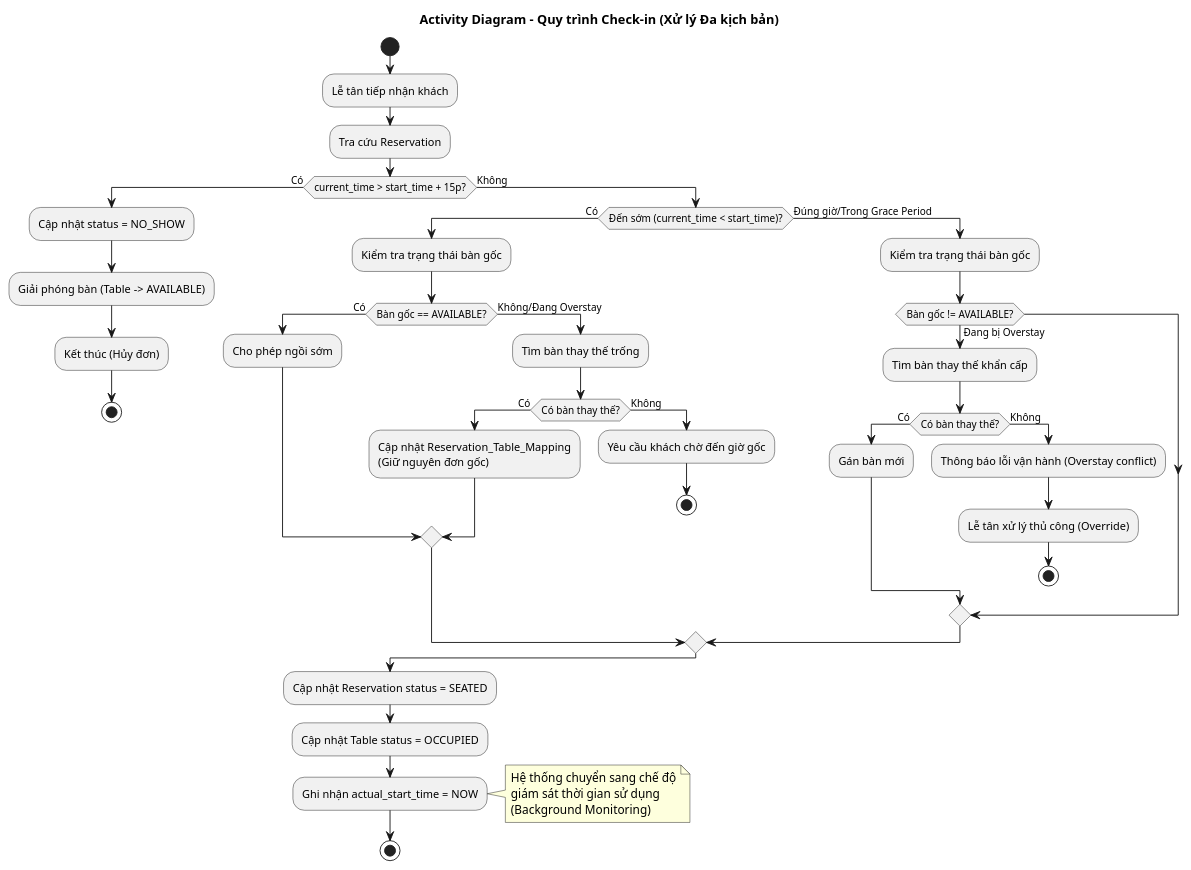
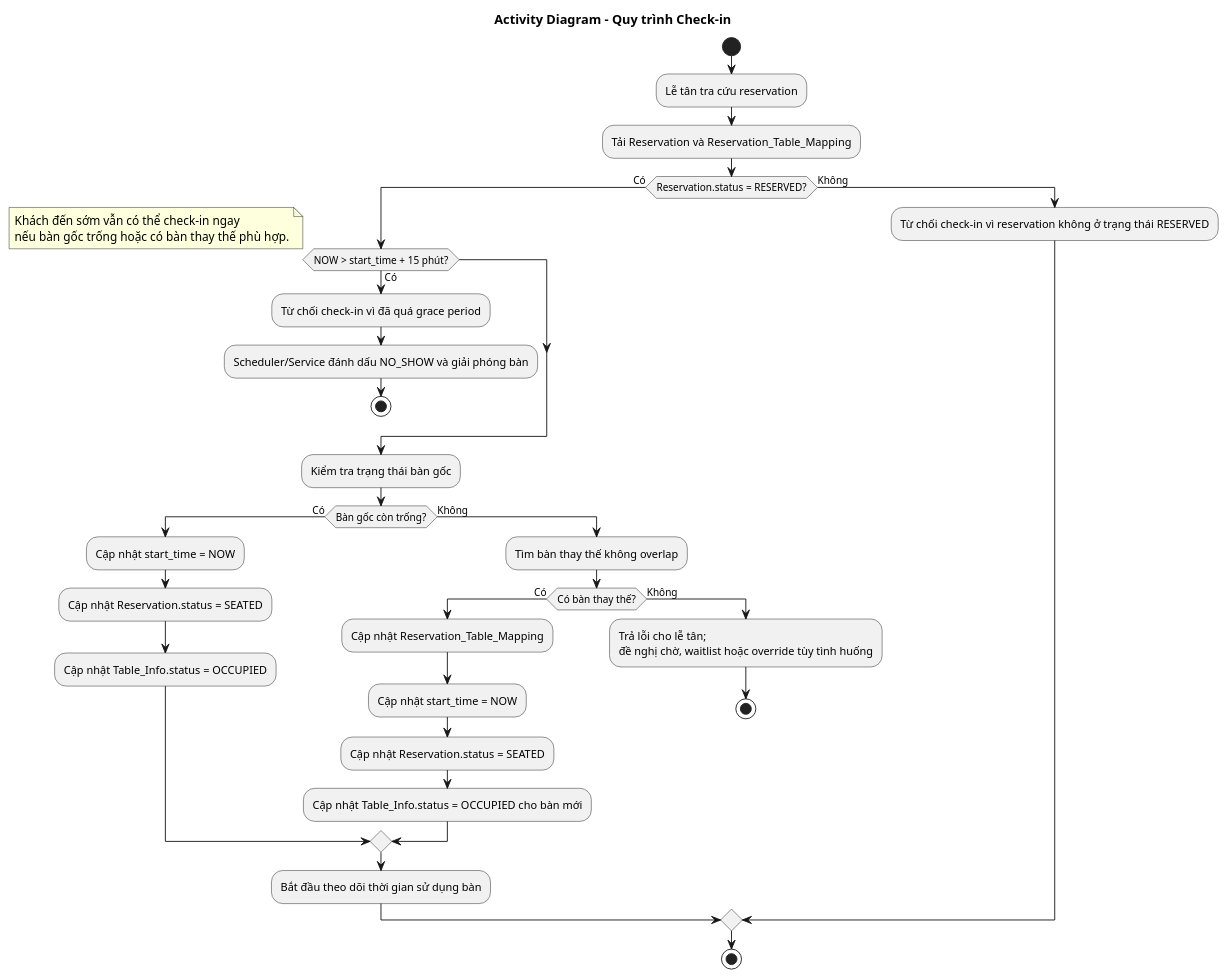
Before and after one commit to QuangLam0208/restaurant-reservation-system: the diagram in docs/uml/activity-check-in.puml, drawn with PlantUML. The commit also changed 13 other files, not shown here.

```diff
--- a/docs/uml/activity-check-in.puml
+++ b/docs/uml/activity-check-in.puml
@@ -1,53 +1,44 @@
 @startuml
-title Activity Diagram - Quy trình Check-in (Xử lý Đa kịch bản)
+title Activity Diagram - Quy trình Check-in
 
 start
-:Lễ tân tiếp nhận khách;
-:Tra cứu Reservation;
+:Lễ tân tra cứu reservation;
+:Tải Reservation và Reservation_Table_Mapping;
 
-if (current_time > start_time + 15p?) then (Có)
-  :Cập nhật status = NO_SHOW;
-  :Giải phóng bàn (Table -> AVAILABLE);
-  :Kết thúc (Hủy đơn);
-  stop
-else (Không)
-  if (Đến sớm (current_time < start_time)?) then (Có)
-    :Kiểm tra trạng thái bàn gốc;
-    if (Bàn gốc == AVAILABLE?) then (Có)
-      :Cho phép ngồi sớm;
-    else (Không/Đang Overstay)
-      :Tìm bàn thay thế trống;
-      if (Có bàn thay thế?) then (Có)
-        :Cập nhật Reservation_Table_Mapping\n(Giữ nguyên đơn gốc);
-      else (Không)
-        :Yêu cầu khách chờ đến giờ gốc;
-        stop
-      endif
-    endif
-  else (Đúng giờ/Trong Grace Period)
-    :Kiểm tra trạng thái bàn gốc;
-    if (Bàn gốc != AVAILABLE?) then (Đang bị Overstay)
-      :Tìm bàn thay thế khẩn cấp;
-      if (Có bàn thay thế?) then (Có)
-        :Gán bàn mới;
-      else (Không)
-        :Thông báo lỗi vận hành (Overstay conflict);
-        :Lễ tân xử lý thủ công (Override);
-        stop
-      endif
+if (Reservation.status = RESERVED?) then (Có)
+  if (NOW > start_time + 15 phút?) then (Có)
+    :Từ chối check-in vì đã quá grace period;
+    :Scheduler/Service đánh dấu NO_SHOW và giải phóng bàn;
+    stop
+  endif
+
+  note right
+    Khách đến sớm vẫn có thể check-in ngay
+    nếu bàn gốc trống hoặc có bàn thay thế phù hợp.
+  end note
+
+  :Kiểm tra trạng thái bàn gốc;
+  if (Bàn gốc còn trống?) then (Có)
+    :Cập nhật start_time = NOW;
+    :Cập nhật Reservation.status = SEATED;
+    :Cập nhật Table_Info.status = OCCUPIED;
+  else (Không)
+    :Tìm bàn thay thế không overlap;
+    if (Có bàn thay thế?) then (Có)
+      :Cập nhật Reservation_Table_Mapping;
+      :Cập nhật start_time = NOW;
+      :Cập nhật Reservation.status = SEATED;
+      :Cập nhật Table_Info.status = OCCUPIED cho bàn mới;
+    else (Không)
+      :Trả lỗi cho lễ tân;\nđề nghị chờ, waitlist hoặc override tùy tình huống;
+      stop
     endif
   endif
+
+  :Bắt đầu theo dõi thời gian sử dụng bàn;
+else (Không)
+  :Từ chối check-in vì reservation không ở trạng thái RESERVED;
 endif
-
-:Cập nhật Reservation status = SEATED;
-:Cập nhật Table status = OCCUPIED;
-:Ghi nhận actual_start_time = NOW;
-
-note right
-  Hệ thống chuyển sang chế độ
-  giám sát thời gian sử dụng
-  (Background Monitoring)
-end note
 
 stop
 @enduml
```
